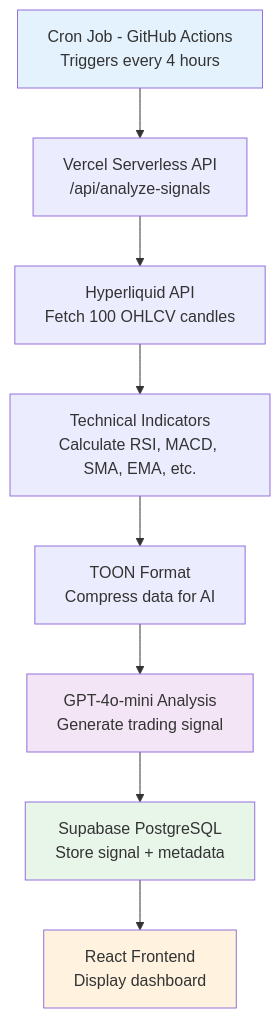
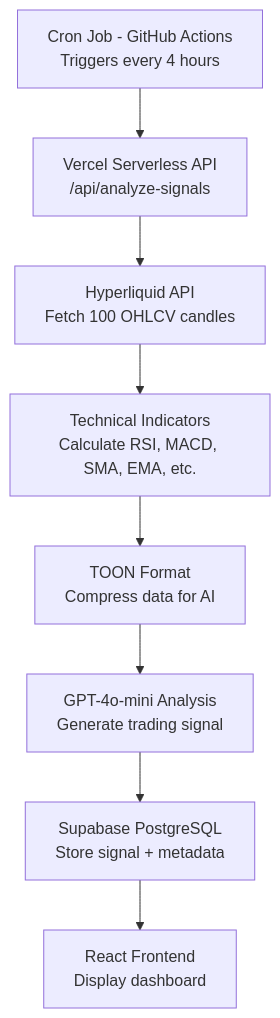
Before and after one commit to vdrnxs/aurum: the diagram in README.md, drawn with Mermaid.

````diff
--- a/README.md
+++ b/README.md
@@ -60,15 +60,11 @@
 ```mermaid
 graph TB
     A[Cron Job - GitHub Actions<br/>Triggers every 4 hours] --> B[Vercel Serverless API<br/>/api/analyze-signals]
     B --> C[Hyperliquid API<br/>Fetch 100 OHLCV candles]
     C --> D[Technical Indicators<br/>Calculate RSI, MACD, SMA, EMA, etc.]
     D --> E[TOON Format<br/>Compress data for AI]
     E --> F[GPT-4o-mini Analysis<br/>Generate trading signal]
     F --> G[Supabase PostgreSQL<br/>Store signal + metadata]
     G --> H[React Frontend<br/>Display dashboard]
 
-    style A fill:#e3f2fd
-    style F fill:#f3e5f5
-    style G fill:#e8f5e9
-    style H fill:#fff3e0
 ```
````
